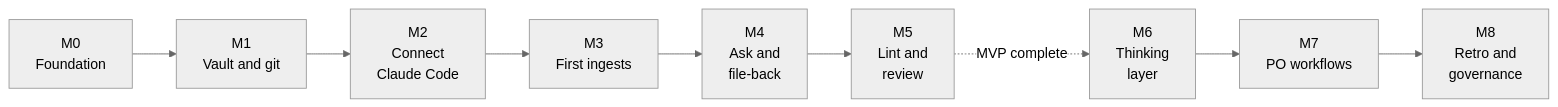
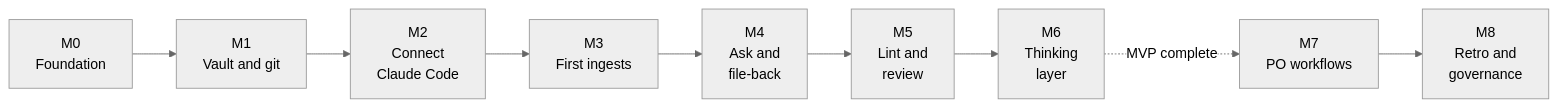
One commit to quocnguyen13/second-brain changed the diagram in mine/projects/thinking-system/06 Roadmap.md. Above: the diagram before and after it, drawn with Mermaid (neutral theme). The commit also changed other lines of this file and 3 other files, not shown here.

````diff
--- a/mine/projects/thinking-system/06 Roadmap.md
+++ b/mine/projects/thinking-system/06 Roadmap.md
@@ -17,11 +17,11 @@
 ```mermaid
 flowchart LR
     M0[M0<br/>Foundation] --> M1[M1<br/>Vault and git]
     M1 --> M2[M2<br/>Connect<br/>Claude Code]
     M2 --> M3[M3<br/>First ingests]
     M3 --> M4[M4<br/>Ask and<br/>file-back]
     M4 --> M5[M5<br/>Lint and<br/>review]
-    M5 -.->|MVP complete| M6[M6<br/>Thinking<br/>layer]
-    M6 --> M7[M7<br/>PO workflows]
+    M5 --> M6[M6<br/>Thinking<br/>layer]
+    M6 -.->|MVP complete| M7[M7<br/>PO workflows]
     M7 --> M8[M8<br/>Retro and<br/>governance]
 ```
````
